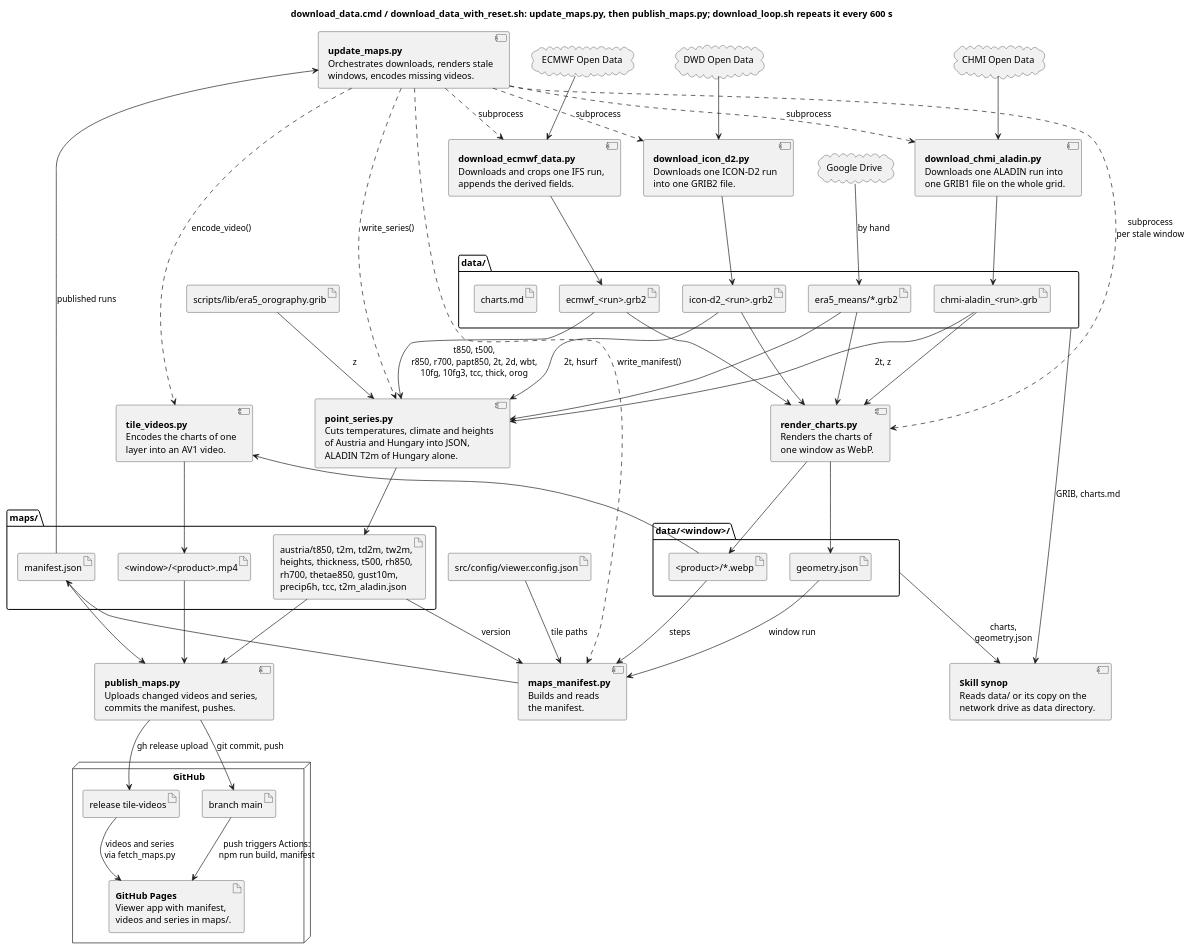
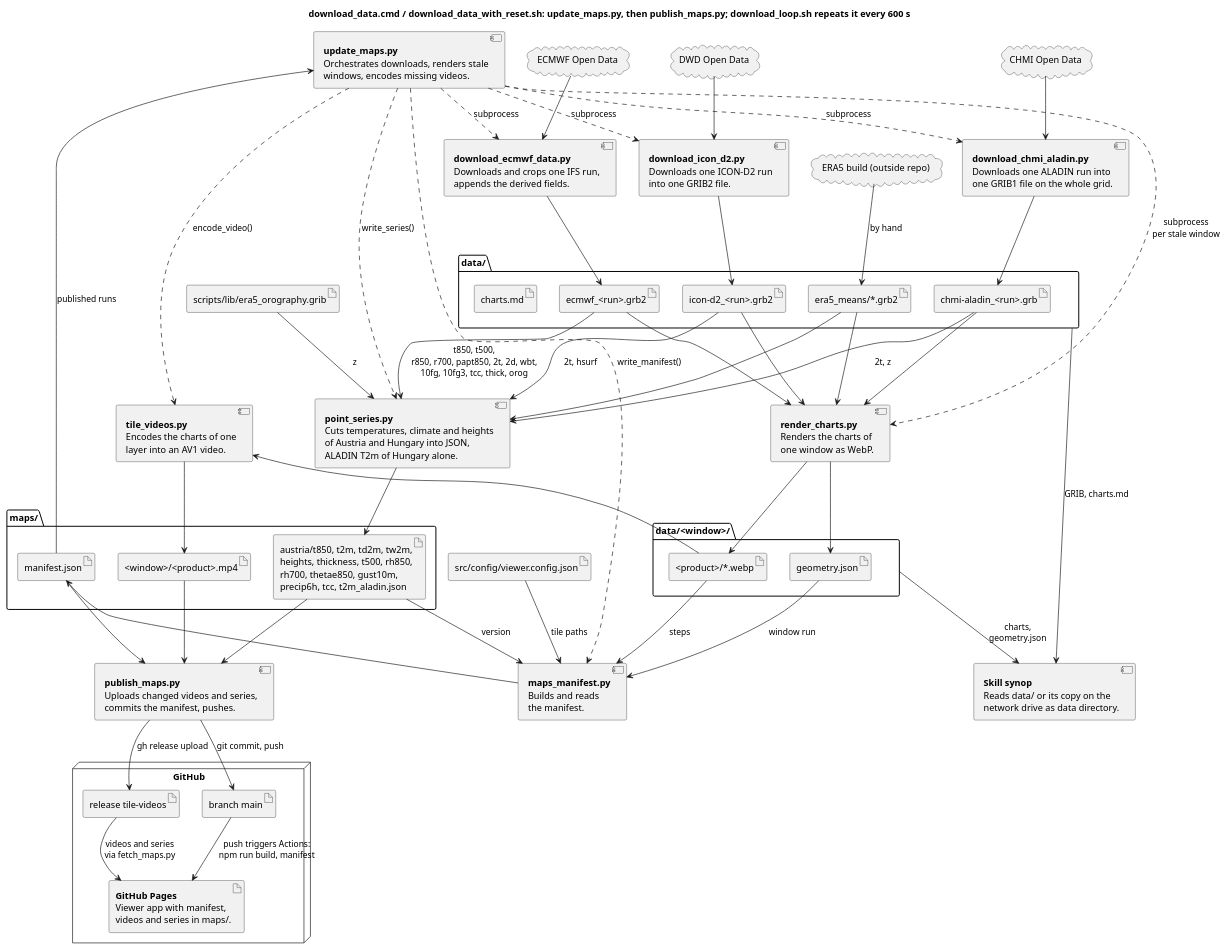
The first of 5 diagrams in REFERENCE.scripts.md (schletz/wetterkartenviewer), drawn with PlantUML before and after one commit. The commit also changed other lines of this file and 8 other files, not shown here.

```diff
--- a/REFERENCE.scripts.md
+++ b/REFERENCE.scripts.md
@@ -36,7 +36,7 @@
 cloud "ECMWF Open Data" as ecmwf
 cloud "DWD Open Data" as dwd
 cloud "CHMI Open Data" as chmi
-cloud "Google Drive" as gdrive
+cloud "ERA5 build (outside repo)" as era5build
 component update_maps [
  **update_maps.py**
  Orchestrates downloads, renders stale
@@ -125,7 +125,7 @@
 ecmwf --> download_ecmwf
 dwd --> download_icon
 chmi --> download_aladin
-gdrive --> era5 : by hand
+era5build --> era5 : by hand
 download_ecmwf --> ecmwf_grib
 download_icon --> icon_grib
 download_aladin --> aladin_grib
```
